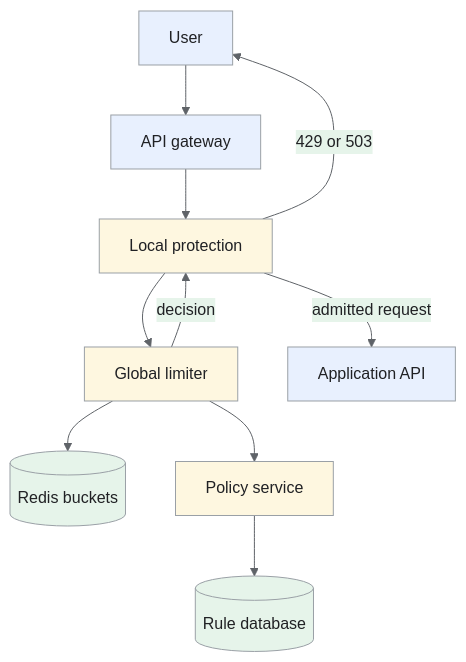
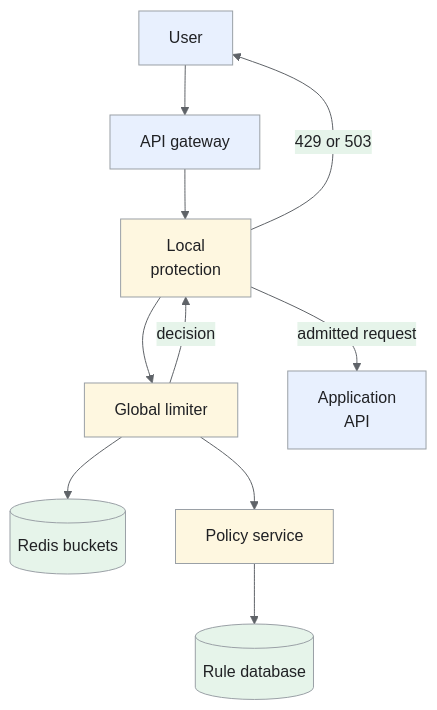
The first of 5 diagrams in _designs/system-design-rate-limiter.md (iliazlobin/iliazlobin.github.io), drawn with Mermaid before and after one commit. The commit also changed other lines of this file and 116 other files, not shown here.

````diff
--- a/_designs/system-design-rate-limiter.md
+++ b/_designs/system-design-rate-limiter.md
@@ -131,20 +132,20 @@
 ```mermaid
-%%{init: {'theme':'base','themeVariables':{'primaryColor':'#e8f0fe','primaryTextColor':'#202124','primaryBorderColor':'#9aa0a6','lineColor':'#5f6368','secondaryColor':'#e6f4ea','tertiaryColor':'#fef7e0','actorBkg':'#e8f0fe','actorBorder':'#9aa0a6','actorTextColor':'#202124','noteBkgColor':'#fef7e0','noteTextColor':'#202124','noteBorderColor':'#9aa0a6','signalColor':'#5f6368','signalTextColor':'#202124','labelBoxBkgColor':'#fef7e0','labelBoxBorderColor':'#9aa0a6'}}}%%
+%%{init: {"theme":"base","themeVariables":{"primaryColor":"#e8f0fe","primaryBorderColor":"#9aa0a6","primaryTextColor":"#202124","secondaryColor":"#e6f4ea","tertiaryColor":"#fef7e0","lineColor":"#5f6368","actorBkg":"#e8f0fe","actorBorder":"#9aa0a6","actorTextColor":"#202124","noteBkgColor":"#fef7e0","noteBorderColor":"#9aa0a6","noteTextColor":"#202124","signalColor":"#5f6368","signalTextColor":"#202124"}}}%%
 flowchart TB
   U["User"] --> G["API gateway"]
-  G --> L["Local protection"]
+  G --> L["Local<br>protection"]
   L --> R["Global limiter"]
   R --> B[("Redis buckets")]
   R --> C["Policy service"]
   C --> P[("Rule database")]
-  L -->|admitted request| A["Application API"]
+  L -->|admitted request| A["Application<br>API"]
   R -->|decision| L
   L -->|429 or 503| U
 classDef request fill:#e8f0fe,stroke:#9aa0a6,color:#202124;
 classDef data fill:#e6f4ea,stroke:#9aa0a6,color:#202124;
 classDef control fill:#fef7e0,stroke:#9aa0a6,color:#202124;
 class U,G,A request;
 class B,P data;
 class L,R,C control;
 
 ```
````
